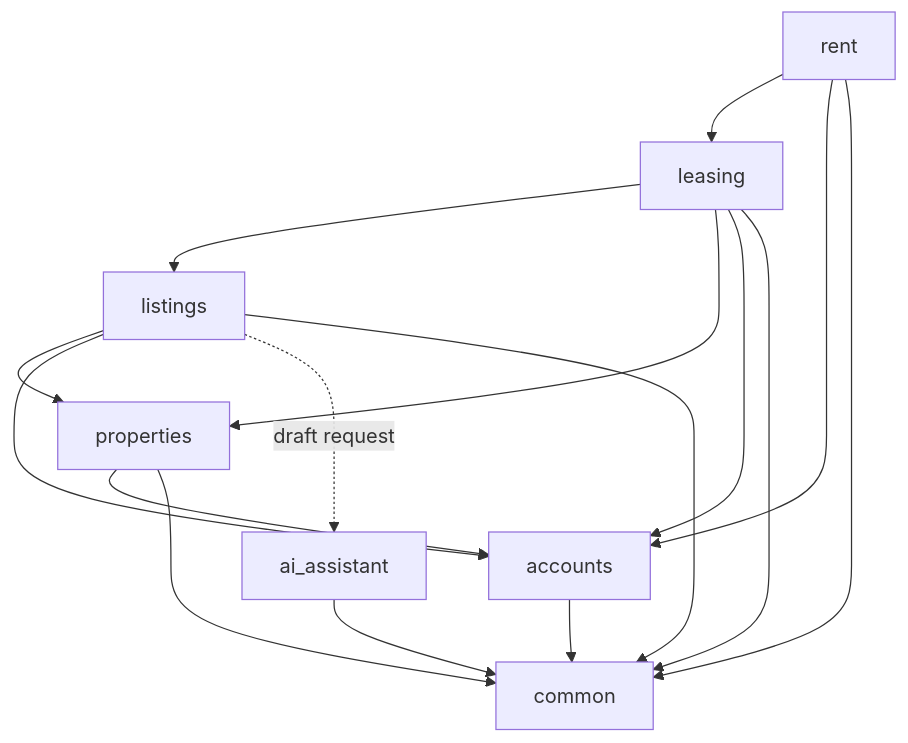
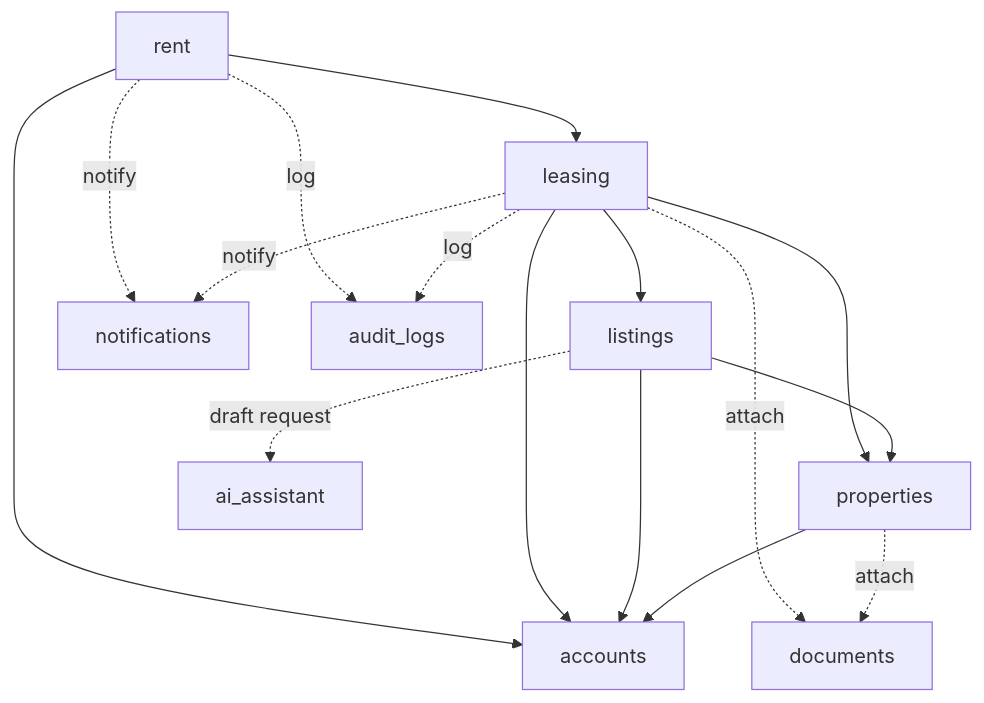
One commit to Morfomec/proptech-platform changed the second of 2 diagrams in docs/module-boundaries.md. Above: the diagram before and after it, drawn with Mermaid. The commit also changed other lines of this file and 5 other files, not shown here.

````diff
--- a/docs/module-boundaries.md
+++ b/docs/module-boundaries.md
@@ -35,27 +67,30 @@
 ```mermaid
 graph TD
     accounts[accounts]
     properties[properties]
     listings[listings]
     leasing[leasing]
     rent[rent]
     ai[ai_assistant]
-    common[common]
+    notifications[notifications]
+    audit[audit_logs]
+    documents[documents]
 
     properties --> accounts
     listings --> properties
     listings --> accounts
     listings -.->|draft request| ai
     leasing --> listings
     leasing --> properties
     leasing --> accounts
     rent --> leasing
     rent --> accounts
 
-    accounts --> common
-    properties --> common
-    listings --> common
-    leasing --> common
-    rent --> common
-    ai --> common
+    %% Cross-cutting services
+    leasing -.->|notify| notifications
+    rent -.->|notify| notifications
+    leasing -.->|log| audit
+    rent -.->|log| audit
+    properties -.->|attach| documents
+    leasing -.->|attach| documents
 ```
````
